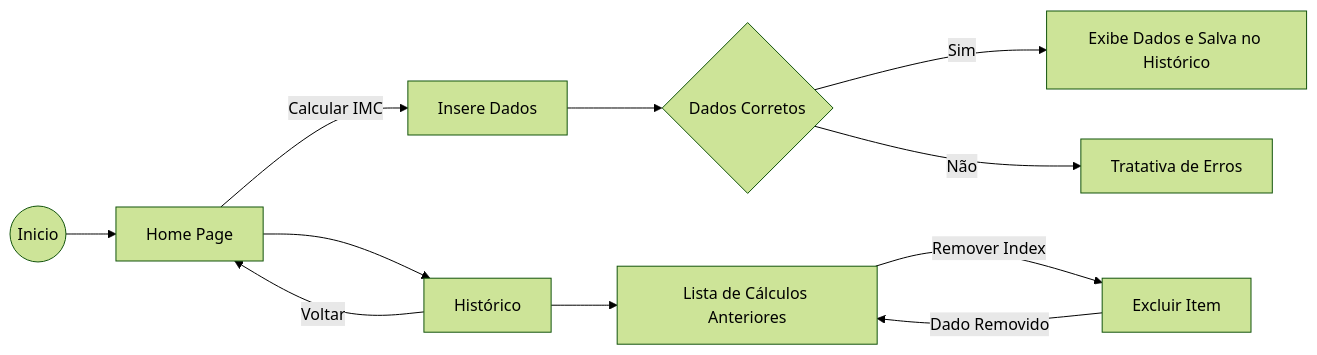
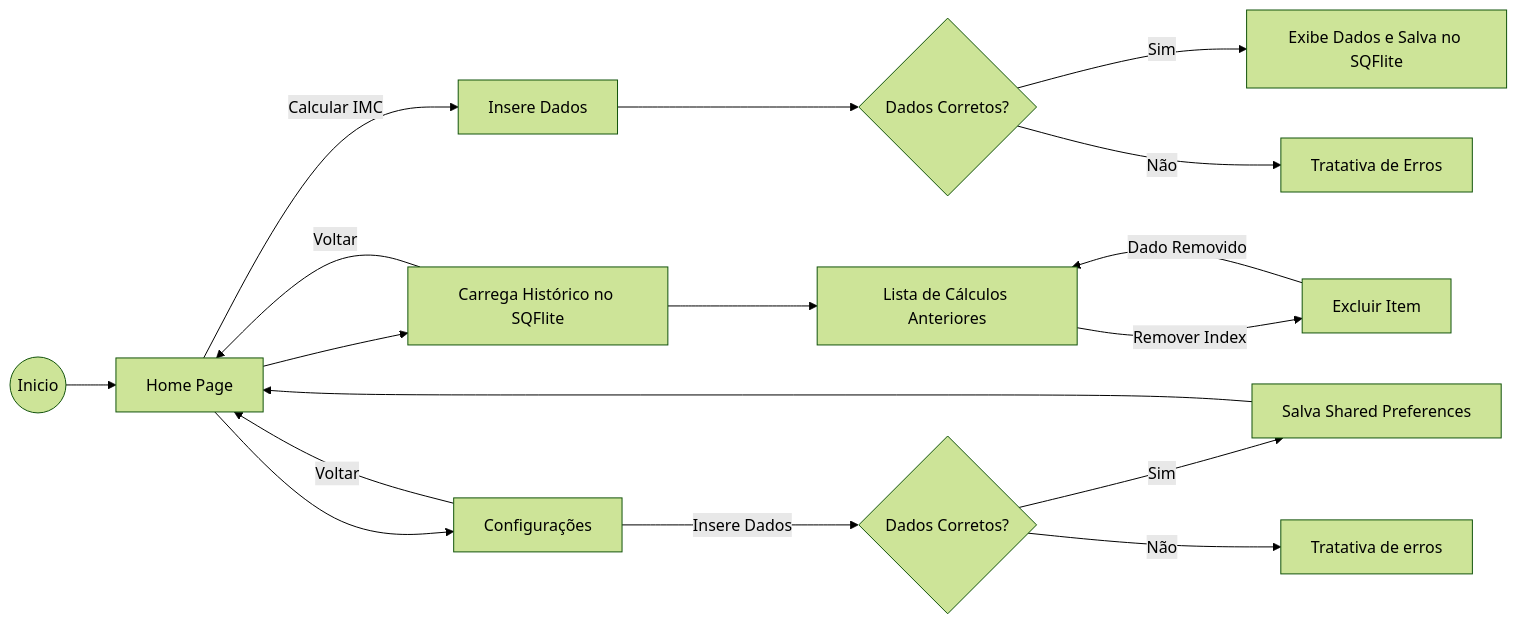
Before and after one commit to otaviotfcunha/calculadora_imc_dio_bd: the diagram in README.md, drawn with Mermaid (forest theme). The commit also changed other lines of this file and 6 other files, not shown here.

````diff
--- a/README.md
+++ b/README.md
@@ -16,13 +18,19 @@
 ```mermaid
 graph LR
 A((Inicio)) --> B[Home Page]
 B -- Calcular IMC --> C[Insere Dados]
-C --> E{Dados Corretos}
-E -- Sim --> F[Exibe Dados e Salva no Histórico]
+C --> E{Dados Corretos?}
+E -- Sim --> F[Exibe Dados e Salva no SQFlite]
 E -- Não --> G[Tratativa de Erros]
-B --> H[Histórico]
+B --> H[Carrega Histórico no SQFlite]
 H --> I[Lista de Cálculos Anteriores]
 I -- Remover Index --> J[Excluir Item]
 J -- Dado Removido --> I
 H -- Voltar --> B
+B --> K[Configurações]
+K -- Insere Dados --> L{Dados Corretos?}
+L -- Sim --> M[Salva Shared Preferences]
+L -- Não --> N[Tratativa de erros]
+M --> B
+K -- Voltar --> B
 ```
````
